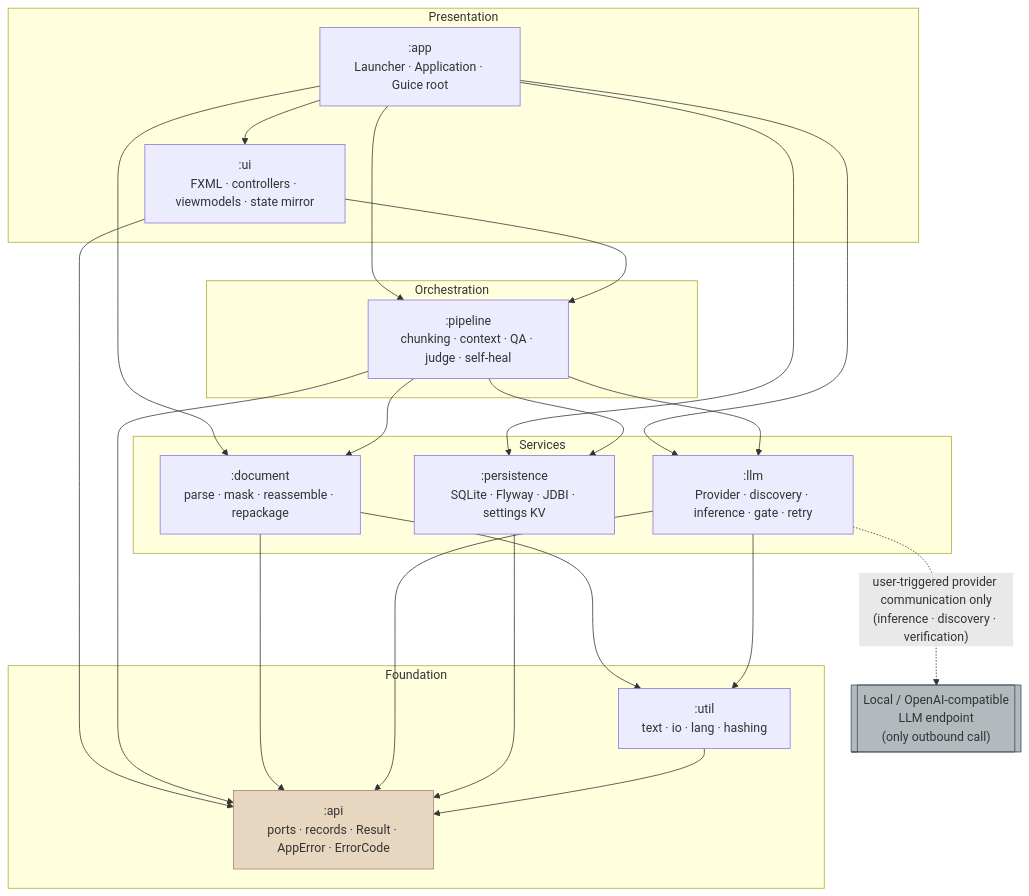
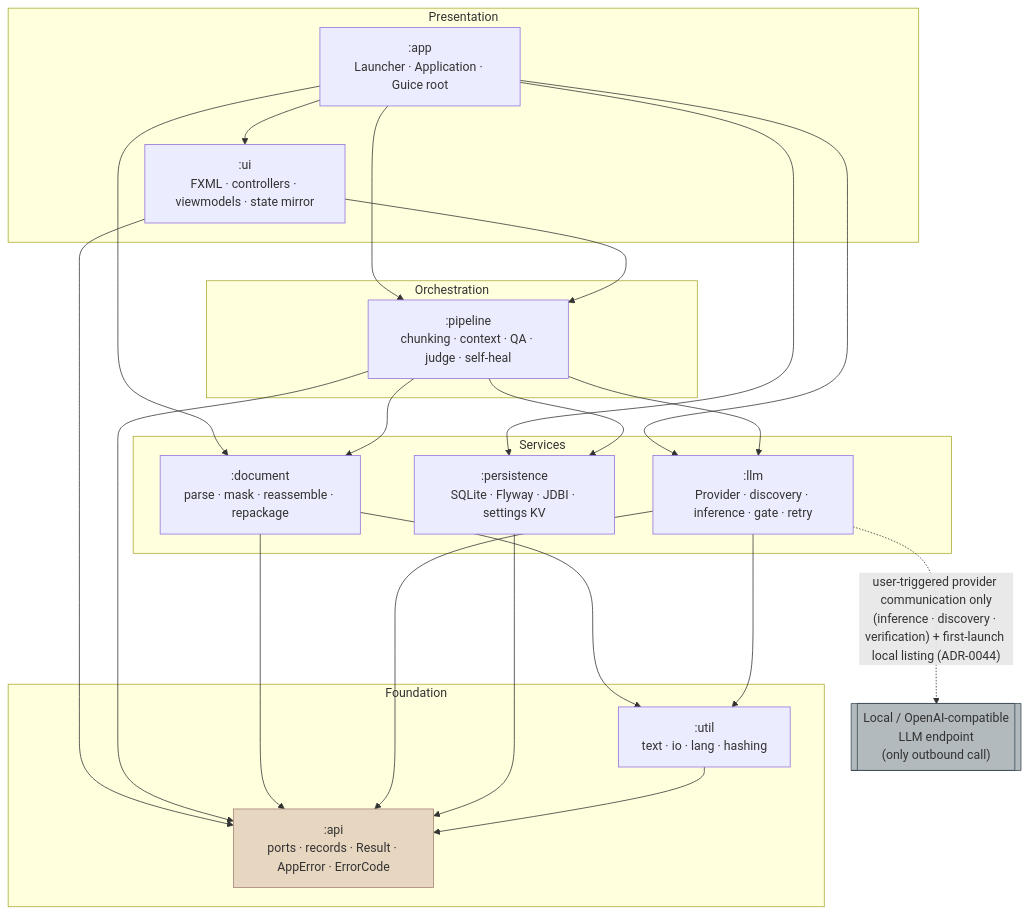
One commit to sanyokkua/book_loom changed the diagram in docs/specification/02_Architecture/01_SYSTEM_ARCHITECTURE.md. Above: the diagram before and after it, drawn with Mermaid. The commit also changed other lines of this file and 16 other files, not shown here.

Commit message:
docs: write the first-launch look into the offline invariant (ADR-0044)

````diff
--- a/docs/specification/02_Architecture/01_SYSTEM_ARCHITECTURE.md
+++ b/docs/specification/02_Architecture/01_SYSTEM_ARCHITECTURE.md
@@ -81,42 +81,42 @@
 ```mermaid
 flowchart TD
     subgraph Presentation
         APP[":app<br/>Launcher · Application · Guice root"]
         UI[":ui<br/>FXML · controllers · viewmodels · state mirror"]
     end
     subgraph Orchestration
         PIPE[":pipeline<br/>chunking · context · QA · judge · self-heal"]
     end
     subgraph Services
         DOC[":document<br/>parse · mask · reassemble · repackage"]
         LLM[":llm<br/>Provider · discovery · inference · gate · retry"]
         PERS[":persistence<br/>SQLite · Flyway · JDBI · settings KV"]
     end
     subgraph Foundation
         API[":api<br/>ports · records · Result · AppError · ErrorCode"]
         UTIL[":util<br/>text · io · lang · hashing"]
     end
     EXT[["Local / OpenAI-compatible<br/>LLM endpoint<br/>(only outbound call)"]]
 
     APP --> UI
     APP --> PIPE
     APP --> DOC
     APP --> LLM
     APP --> PERS
     UI --> PIPE
     UI --> API
     PIPE --> DOC
     PIPE --> LLM
     PIPE --> PERS
     PIPE --> API
     DOC --> API
     DOC --> UTIL
     LLM --> API
     LLM --> UTIL
     PERS --> API
     UTIL --> API
-    LLM -. "user-triggered provider communication only<br/>(inference · discovery · verification)" .-> EXT
+    LLM -. "user-triggered provider communication only<br/>(inference · discovery · verification) + first-launch local listing (ADR-0044)" .-> EXT
 
     style API fill:#e7d6c0,stroke:#a58075
     style EXT fill:#b2babd,stroke:#3a4a52
 ```
````
